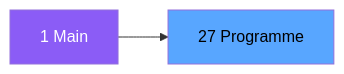
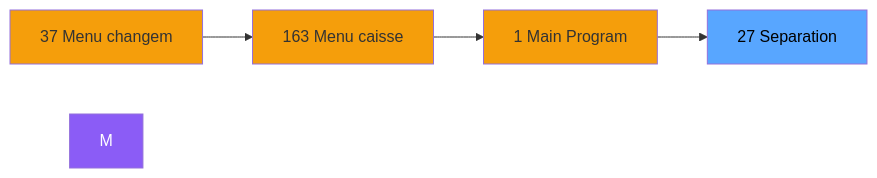
The second of 3 diagrams in .openspec/specs/ADH-IDE-27.md (thonyAGP/magic-migration), drawn with Mermaid before and after one commit. The commit also changed other lines of this file and 323 other files, not shown here.

````diff
--- a/.openspec/specs/ADH-IDE-27.md
+++ b/.openspec/specs/ADH-IDE-27.md
@@ -179,8 +205,15 @@
 ```mermaid
 graph LR
-    M[1 Main]
-    T[27 Programme]
-    M --> T
+    N37[37 Menu changem]
+    N163[163 Menu caisse ]
+    N1[1 Main Program]
+    T[27 Separation]
+    N37 --> N163
+    N163 --> N1
+    N1 --> T
     style M fill:#8b5cf6,color:#fff
+    style N37 fill:#f59e0b
+    style N163 fill:#f59e0b
+    style N1 fill:#f59e0b
     style T fill:#58a6ff,color:#000
 ```
````
